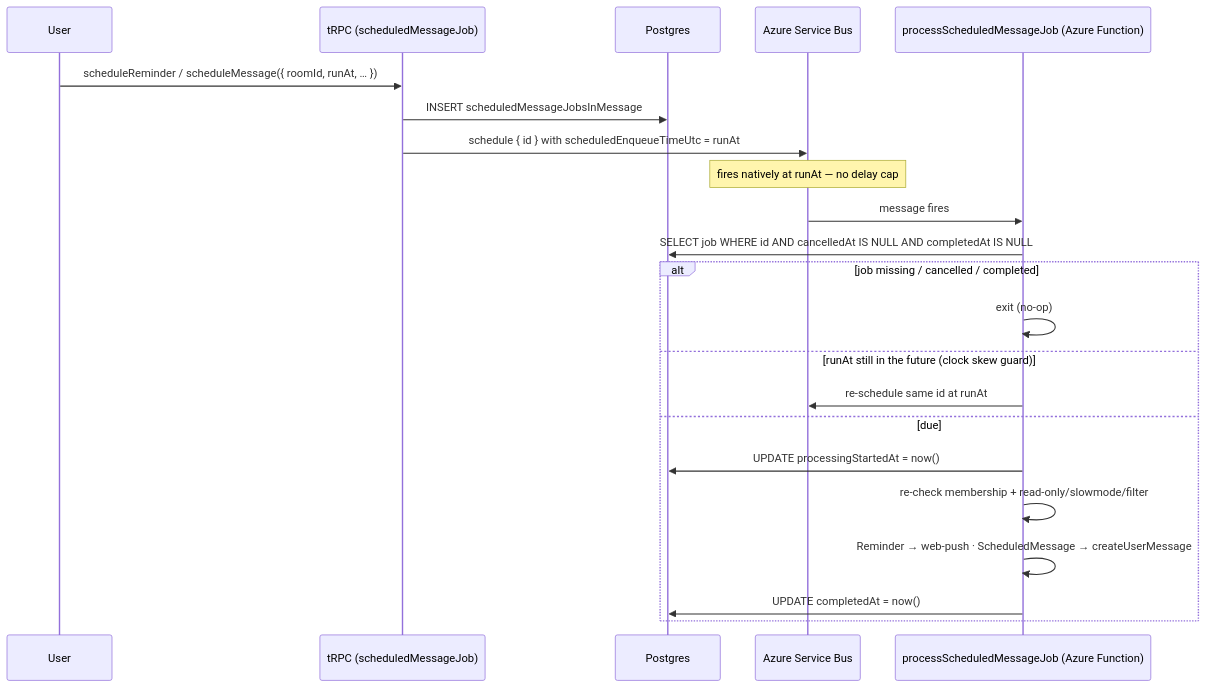
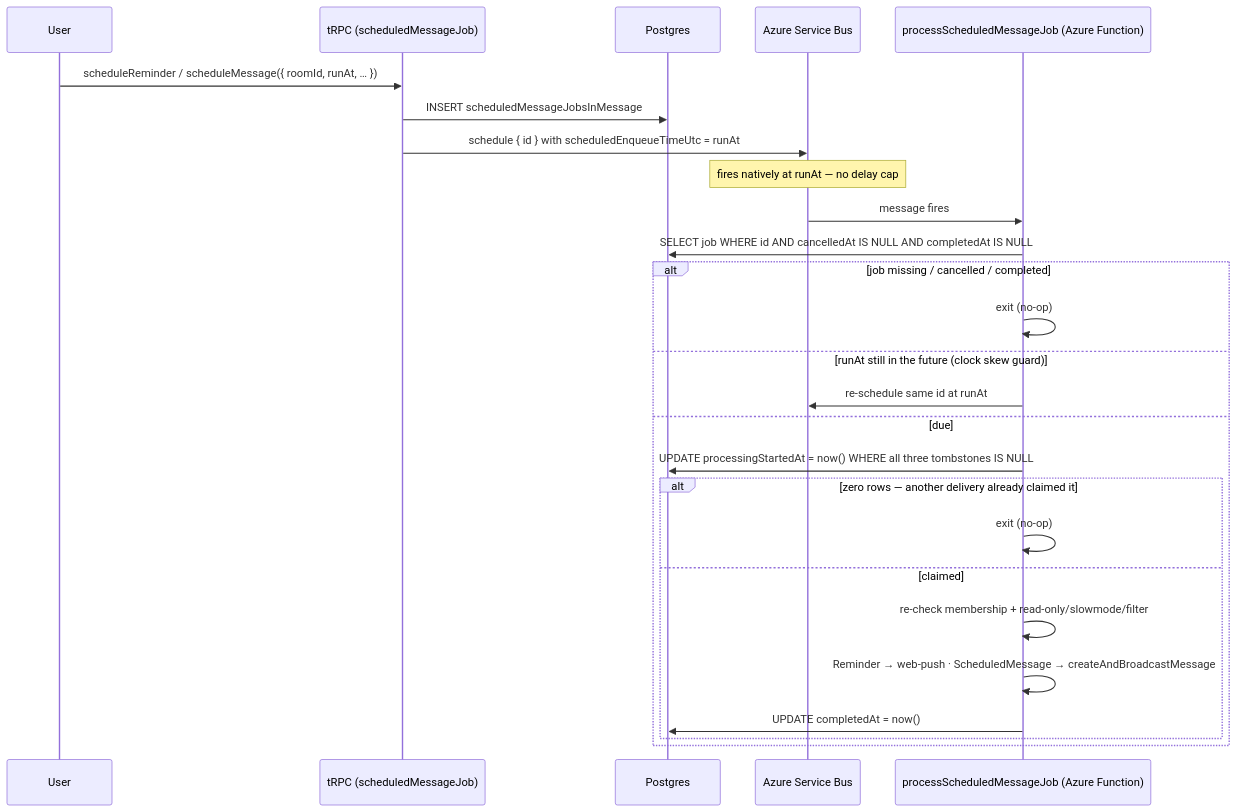
One commit to Esposter/Esposter changed the diagram in packages/app/content/docs/esbabbler/scheduled-messages.md. Above: the diagram before and after it, drawn with Mermaid. The commit also changed other lines of this file and 1 other file, not shown here.

Commit message:
fix: land send-now guard ordering + realign scheduled-message docs with the delivery claim

````diff
--- a/packages/app/content/docs/esbabbler/scheduled-messages.md
+++ b/packages/app/content/docs/esbabbler/scheduled-messages.md
@@ -12,26 +12,30 @@
 ```mermaid
 sequenceDiagram
     participant U as User
     participant T as tRPC (scheduledMessageJob)
     participant DB as Postgres
     participant Q as Azure Service Bus
     participant F as processScheduledMessageJob (Azure Function)
 
     U->>T: scheduleReminder / scheduleMessage({ roomId, runAt, … })
     T->>DB: INSERT scheduledMessageJobsInMessage
     T->>Q: schedule { id } with scheduledEnqueueTimeUtc = runAt
     Note over Q: fires natively at runAt — no delay cap
 
     Q->>F: message fires
     F->>DB: SELECT job WHERE id AND cancelledAt IS NULL AND completedAt IS NULL
     alt job missing / cancelled / completed
         F->>F: exit (no-op)
     else runAt still in the future (clock skew guard)
         F->>Q: re-schedule same id at runAt
     else due
-        F->>DB: UPDATE processingStartedAt = now()
-        F->>F: re-check membership + read-only/slowmode/filter
-        F->>F: Reminder → web-push · ScheduledMessage → createUserMessage
-        F->>DB: UPDATE completedAt = now()
+        F->>DB: UPDATE processingStartedAt = now() WHERE all three tombstones IS NULL
+        alt zero rows — another delivery already claimed it
+            F->>F: exit (no-op)
+        else claimed
+            F->>F: re-check membership + read-only/slowmode/filter
+            F->>F: Reminder → web-push · ScheduledMessage → createAndBroadcastMessage
+            F->>DB: UPDATE completedAt = now()
+        end
     end
 ```
````
